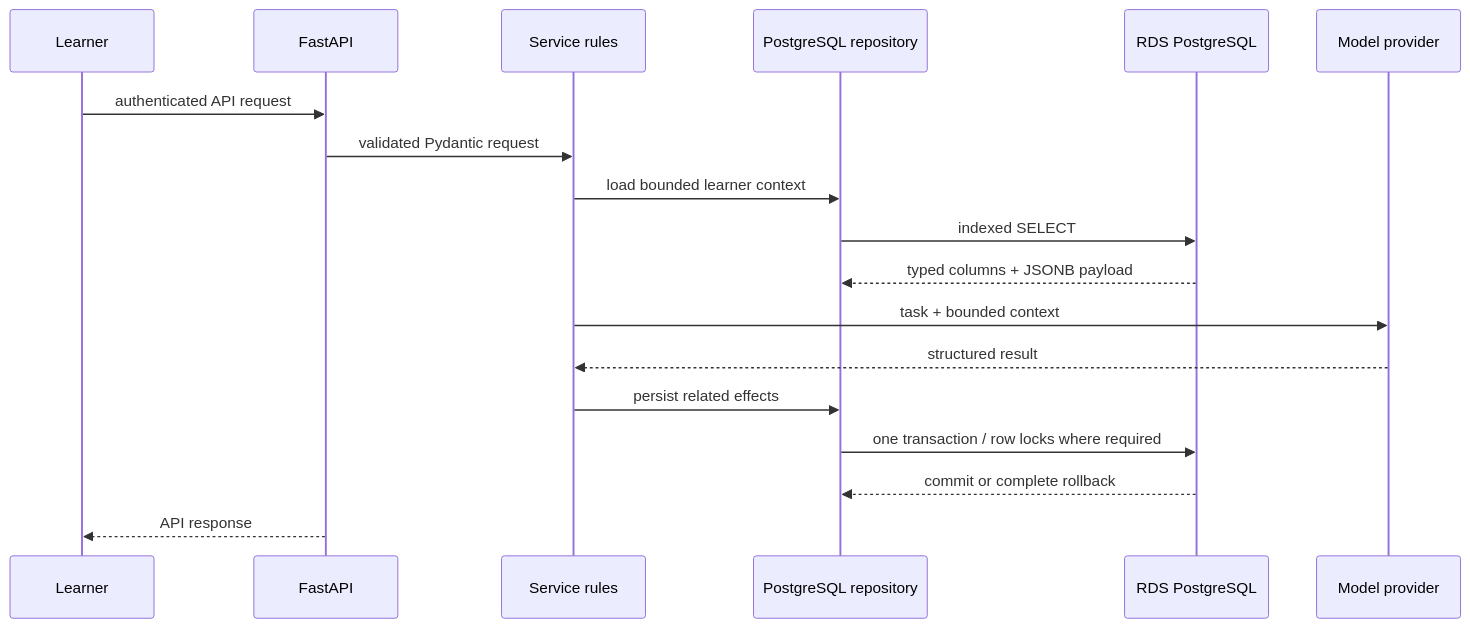
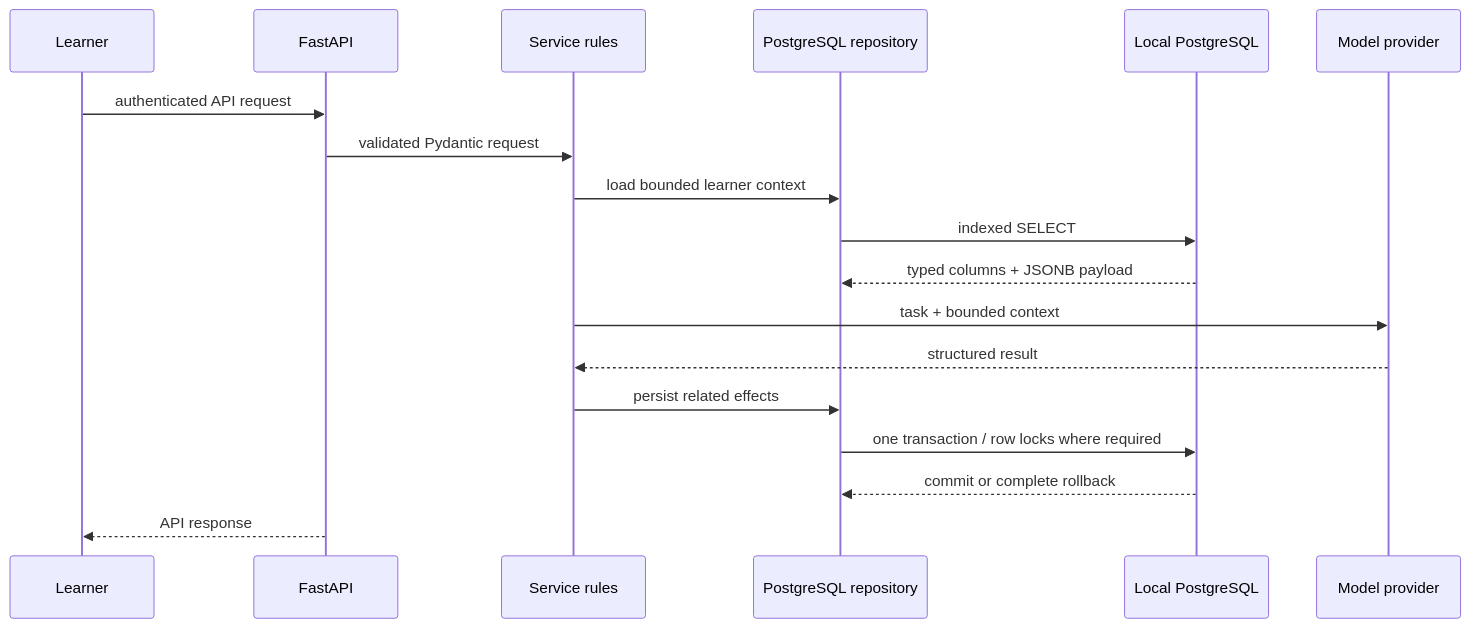
Before and after one commit to jinyu-cai/weakspot-english-coach: the second of 2 diagrams in docs/ARCHITECTURE.md, drawn with Mermaid. The commit also changed other lines of this file and 18 other files, not shown here.

First line of the commit message:
feat: run production PostgreSQL beside the API on Oracle

````diff
--- a/docs/ARCHITECTURE.md
+++ b/docs/ARCHITECTURE.md
@@ -40,21 +41,21 @@
 ```mermaid
 sequenceDiagram
     participant U as Learner
     participant A as FastAPI
     participant S as Service rules
     participant R as PostgreSQL repository
-    participant P as RDS PostgreSQL
+    participant P as Local PostgreSQL
     participant M as Model provider
 
     U->>A: authenticated API request
     A->>S: validated Pydantic request
     S->>R: load bounded learner context
     R->>P: indexed SELECT
     P-->>R: typed columns + JSONB payload
     S->>M: task + bounded context
     M-->>S: structured result
     S->>R: persist related effects
     R->>P: one transaction / row locks where required
     P-->>R: commit or complete rollback
     A-->>U: API response
 ```
````
